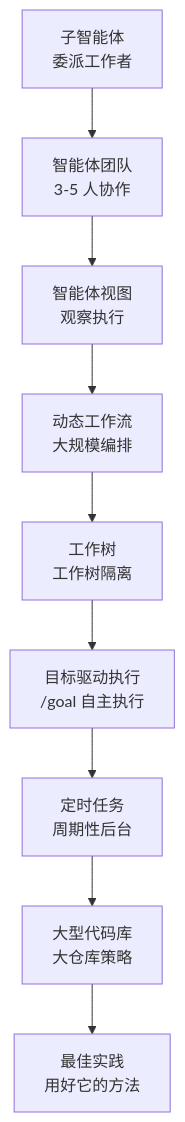
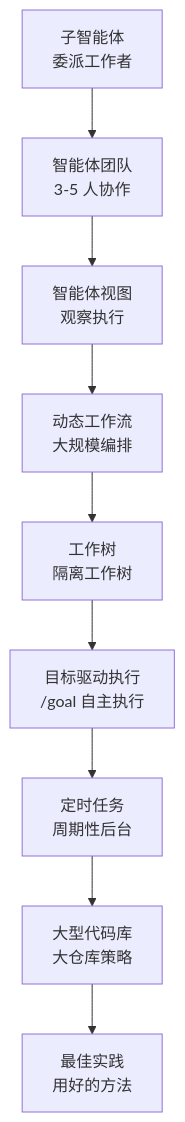
The diagram in docs-site/content/zh/claude-code/agentic/_index.md (modu-ai/moai-adk), drawn with Mermaid before and after one commit. The commit also changed other lines of this file and 395 other files, not shown here.

````diff
--- a/docs-site/content/zh/claude-code/agentic/_index.md
+++ b/docs-site/content/zh/claude-code/agentic/_index.md
@@ -18,11 +18,11 @@
 ```mermaid
 flowchart TD
     A[子智能体<br>委派工作者] --> B[智能体团队<br>3-5 人协作]
     B --> C[智能体视图<br>观察执行]
     C --> D[动态工作流<br>大规模编排]
-    D --> E[工作树<br>工作树隔离]
+    D --> E[工作树<br>隔离工作树]
     E --> F[目标驱动执行<br>/goal 自主执行]
     F --> G[定时任务<br>周期性后台]
     G --> H[大型代码库<br>大仓库策略]
-    H --> I[最佳实践<br>用好它的方法]
+    H --> I[最佳实践<br>用好的方法]
 ```
````
